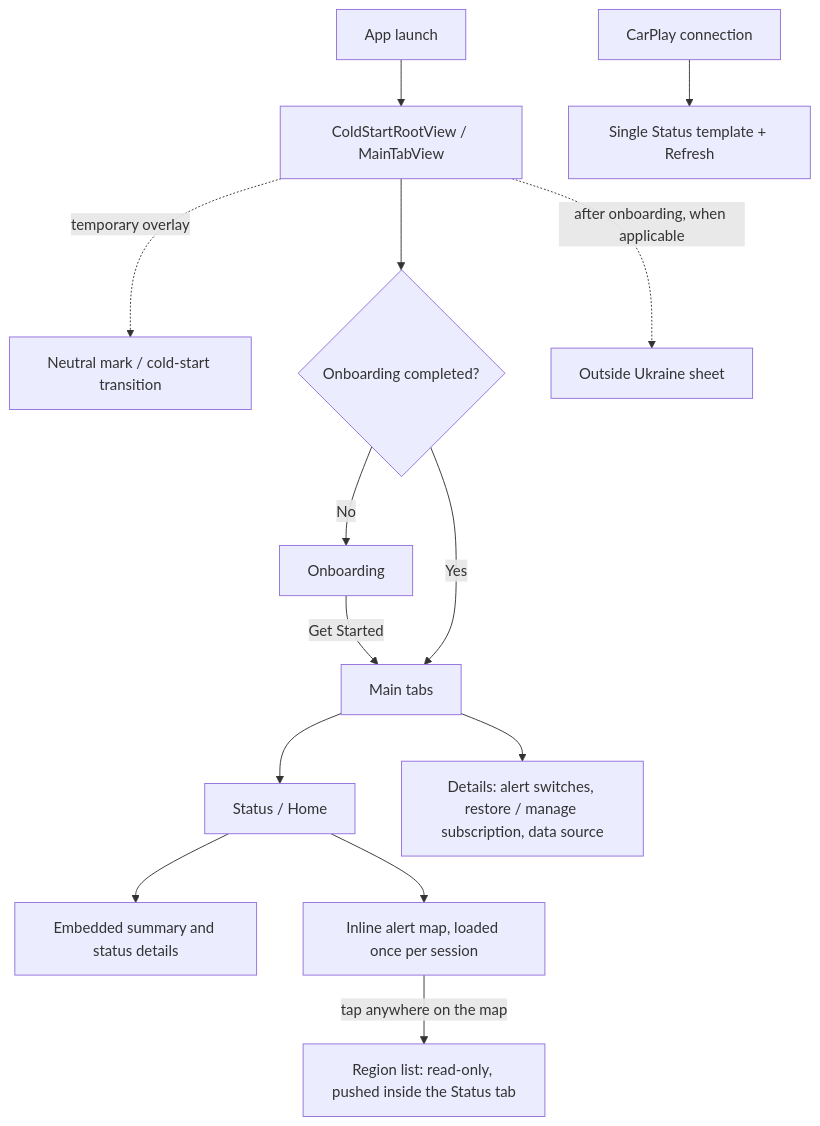
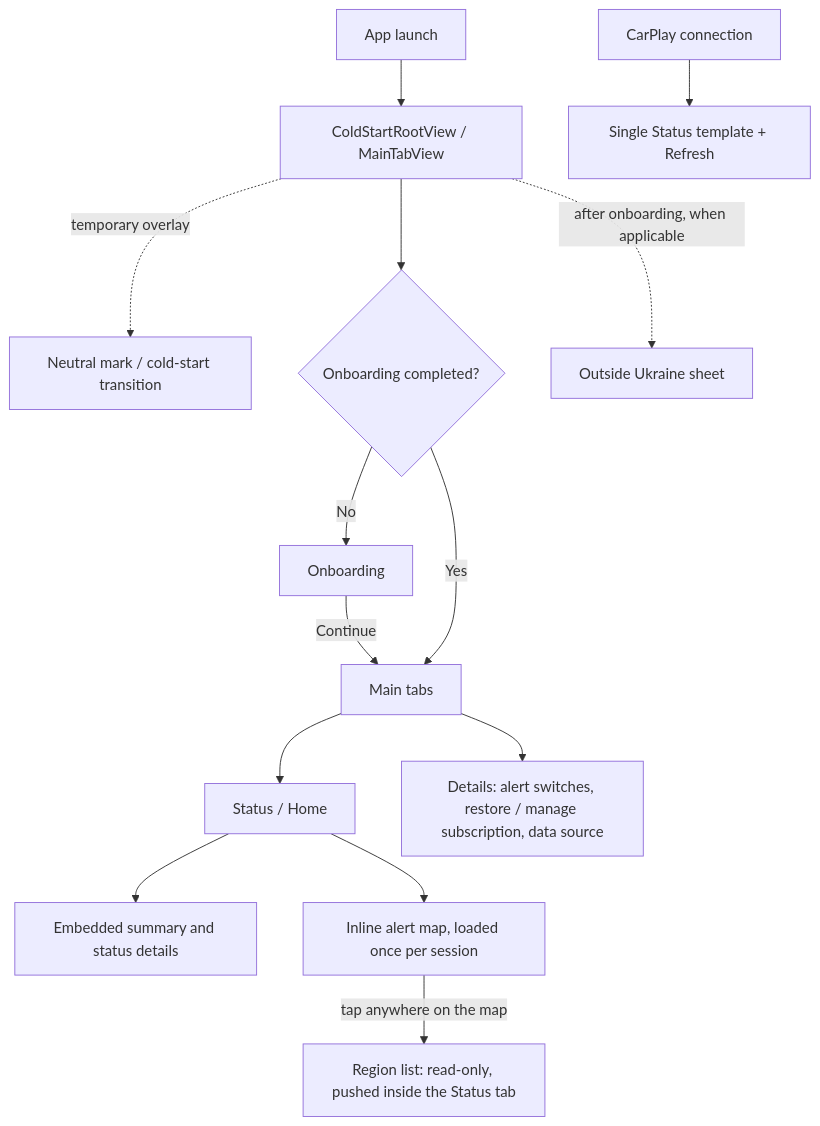
One commit to vil4max/regional-check changed the second of 3 diagrams in docs/engineering/project-map.md. Above: the diagram before and after it, drawn with Mermaid. The commit also changed 65 other files, not shown here.

````diff
--- a/docs/engineering/project-map.md
+++ b/docs/engineering/project-map.md
@@ -43,16 +43,16 @@
 ```mermaid
 flowchart TD
     Launch[App launch] --> Root[ColdStartRootView / MainTabView]
     Root -. temporary overlay .-> Cold[Neutral mark / cold-start transition]
     Root --> First{Onboarding completed?}
     First -->|No| Onboarding[Onboarding]
-    Onboarding -->|Get Started| Tabs[Main tabs]
+    Onboarding -->|Continue| Tabs[Main tabs]
     First -->|Yes| Tabs
     Tabs --> Status[Status / Home]
     Status --> Summary[Embedded summary and status details]
     Status --> Map[Inline alert map, loaded once per session]
     Tabs --> Details[Details: alert switches, restore / manage subscription, data source]
     Map -->|tap anywhere on the map| RegionList[Region list: read-only, pushed inside the Status tab]
     Root -. after onboarding, when applicable .-> Outside[Outside Ukraine sheet]
     Connect[CarPlay connection] --> CPStatus[Single Status template + Refresh]
 ```
````
